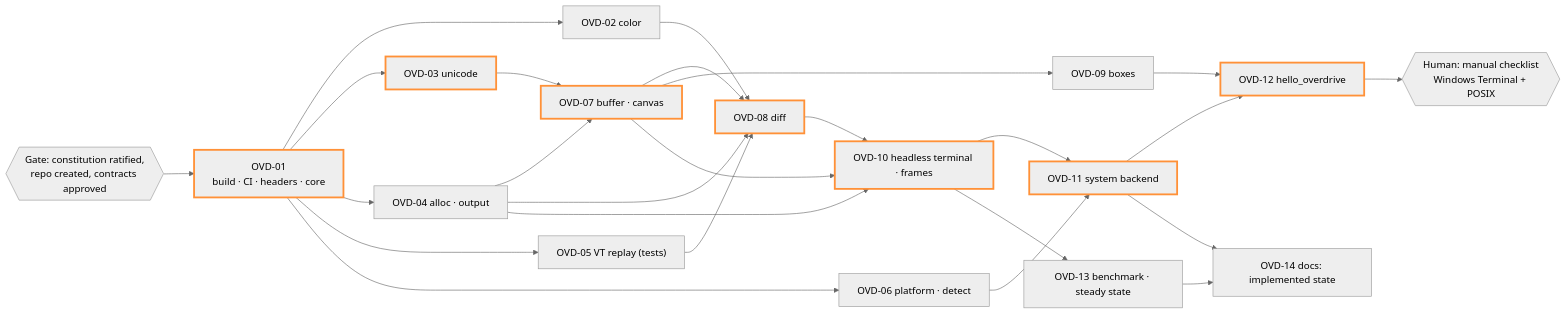
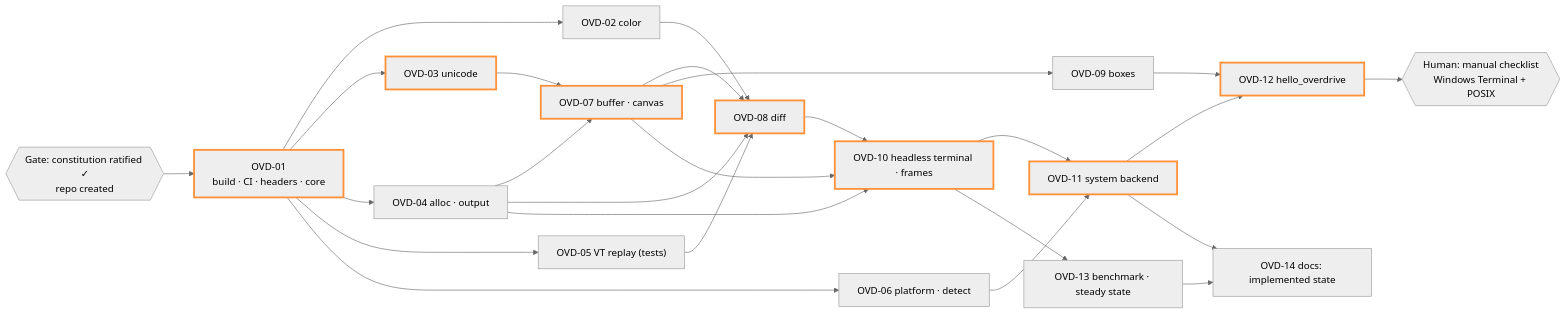
The diagram in docs/plan/workstreams.md (AEtherForge-Zero-Labs/overdrive), drawn with Mermaid (neutral theme) before and after one commit. The commit also changed other lines of this file and 12 other files, not shown here.

````diff
--- a/docs/plan/workstreams.md
+++ b/docs/plan/workstreams.md
@@ -10,31 +10,31 @@
 ```mermaid
 flowchart LR
-    G0{{"Gate: constitution ratified,<br/>repo created, contracts approved"}}
+    G0{{"Gate: constitution ratified ✓<br/>repo created"}}
     G0 --> O01["OVD-01<br/>build · CI · headers · core"]
     O01 --> O02["OVD-02 color"]
     O01 --> O03["OVD-03 unicode"]
     O01 --> O04["OVD-04 alloc · output"]
     O01 --> O05["OVD-05 VT replay (tests)"]
     O01 --> O06["OVD-06 platform · detect"]
     O03 --> O07["OVD-07 buffer · canvas"]
     O04 --> O07
     O07 --> O08["OVD-08 diff"]
     O02 --> O08
     O04 --> O08
     O05 --> O08
     O07 --> O09["OVD-09 boxes"]
     O08 --> O10["OVD-10 headless terminal · frames"]
     O04 --> O10
     O07 --> O10
     O10 --> O11["OVD-11 system backend"]
     O06 --> O11
     O10 --> O13["OVD-13 benchmark · steady state"]
     O11 --> O12["OVD-12 hello_overdrive"]
     O09 --> O12
     O11 --> O14["OVD-14 docs: implemented state"]
     O13 --> O14
     O12 --> H{{"Human: manual checklist<br/>Windows Terminal + POSIX"}}
 
     classDef crit stroke:#FF9138,stroke-width:3px
     class O01,O03,O07,O08,O10,O11,O12 crit
 ```
````
